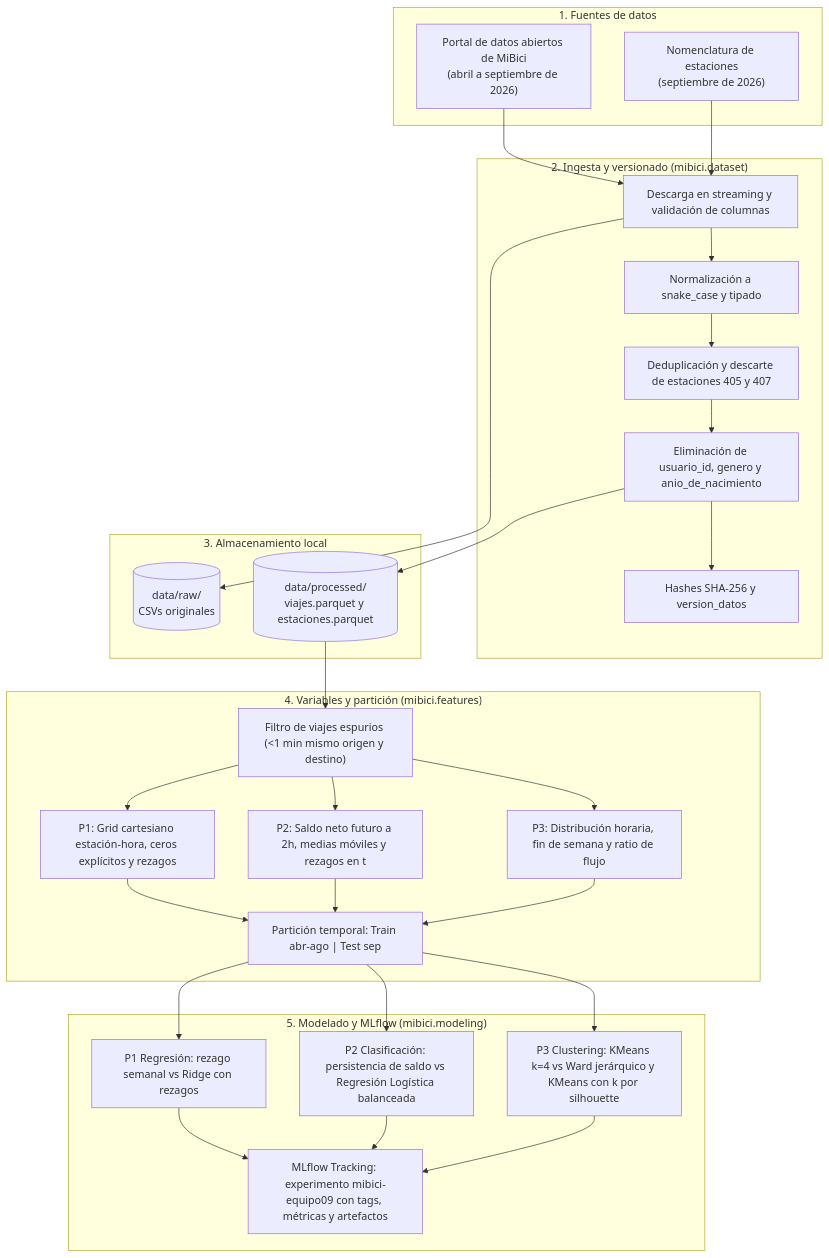
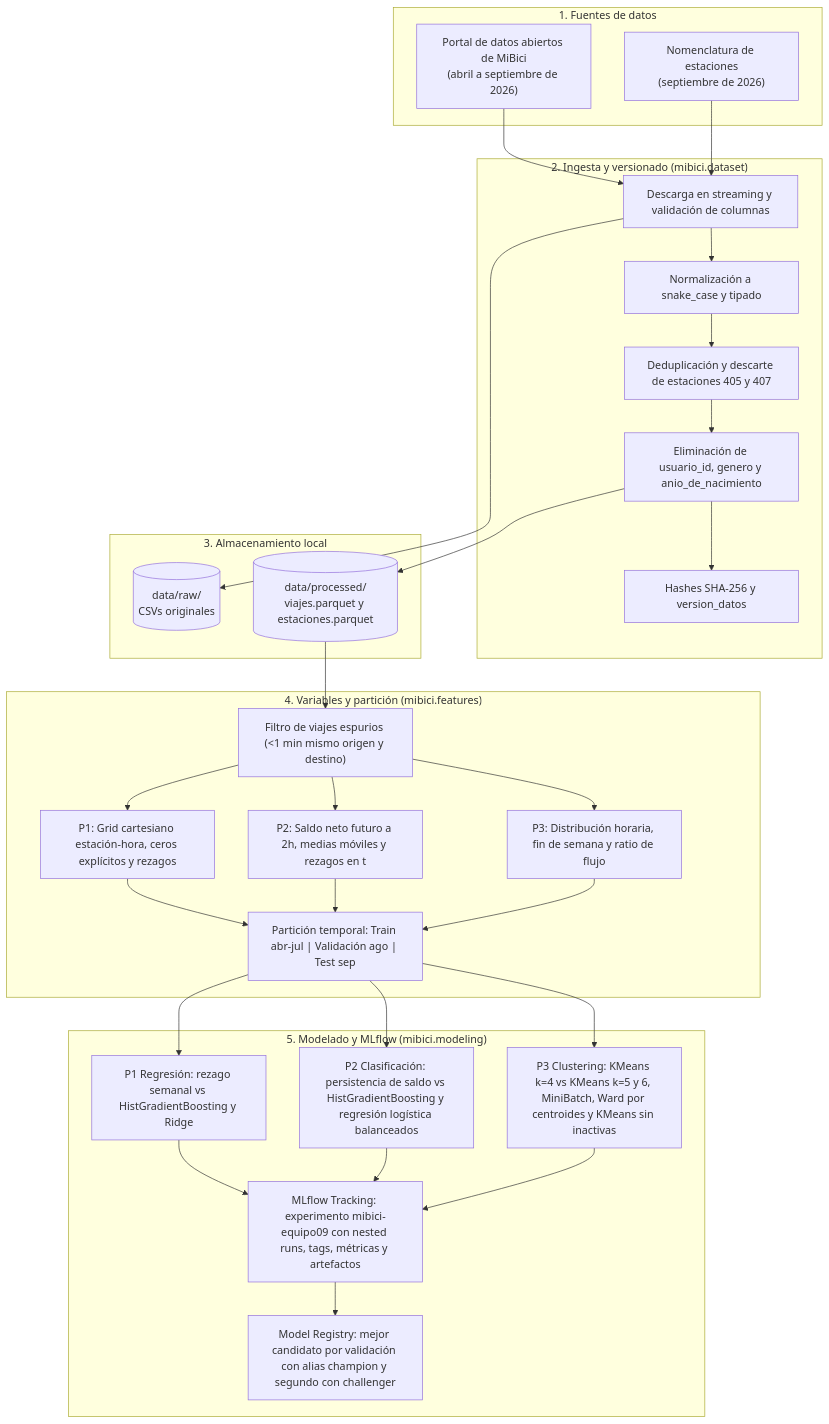
Before and after one commit to a01840021-creator/TC5061-Proyecto-Equipo9: the diagram in references/arquitectura.md, drawn with Mermaid. The commit also changed other lines of this file and 21 other files, not shown here.

First line of the commit message:
feat: candidatos por algoritmo, validación de baselines y registry por métrica

````diff
--- a/references/arquitectura.md
+++ b/references/arquitectura.md
@@ -7,40 +7,41 @@
 ```mermaid
 flowchart TD
     subgraph Fuentes["1. Fuentes de datos"]
         A1["Portal de datos abiertos de MiBici<br/>(abril a septiembre de 2026)"]
         A2["Nomenclatura de estaciones<br/>(septiembre de 2026)"]
     end
 
     subgraph Ingesta["2. Ingesta y versionado (mibici.dataset)"]
         B1["Descarga en streaming y validación de columnas"]
         B2["Normalización a snake_case y tipado"]
         B3["Deduplicación y descarte de estaciones 405 y 407"]
         B4["Eliminación de usuario_id, genero y anio_de_nacimiento"]
         B5["Hashes SHA-256 y version_datos"]
     end
 
     subgraph Datos["3. Almacenamiento local"]
         C1[("data/raw/<br/>CSVs originales")]
         C2[("data/processed/<br/>viajes.parquet y estaciones.parquet")]
     end
 
     subgraph Features["4. Variables y partición (mibici.features)"]
         D1["Filtro de viajes espurios (&lt;1 min mismo origen y destino)"]
         D2["P1: Grid cartesiano estación-hora, ceros explícitos y rezagos"]
         D3["P2: Saldo neto futuro a 2h, medias móviles y rezagos en t"]
         D4["P3: Distribución horaria, fin de semana y ratio de flujo"]
-        D5["Partición temporal: Train abr-ago | Test sep"]
+        D5["Partición temporal: Train abr-jul | Validación ago | Test sep"]
     end
 
     subgraph Modelos["5. Modelado y MLflow (mibici.modeling)"]
-        E1["P1 Regresión: rezago semanal vs Ridge con rezagos"]
-        E2["P2 Clasificación: persistencia de saldo vs Regresión Logística balanceada"]
-        E3["P3 Clustering: KMeans k=4 vs Ward jerárquico y KMeans con k por silhouette"]
-        E4["MLflow Tracking: experimento mibici-equipo09 con tags, métricas y artefactos"]
+        E1["P1 Regresión: rezago semanal vs HistGradientBoosting y Ridge"]
+        E2["P2 Clasificación: persistencia de saldo vs HistGradientBoosting y regresión logística balanceados"]
+        E3["P3 Clustering: KMeans k=4 vs KMeans k=5 y 6, MiniBatch, Ward por centroides y KMeans sin inactivas"]
+        E4["MLflow Tracking: experimento mibici-equipo09 con nested runs, tags, métricas y artefactos"]
+        E5["Model Registry: mejor candidato por validación con alias champion y segundo con challenger"]
     end
 
     A1 & A2 --> B1 --> B2 --> B3 --> B4 --> C2
     B1 --> C1
     B4 --> B5
-    C2 --> D1 --> D2 & D3 & D4 --> D5 --> E1 & E2 & E3 --> E4
+    C2 --> D1 --> D2 & D3 & D4 --> D5 --> E1 & E2 & E3 --> E4 --> E5
 ```
````
